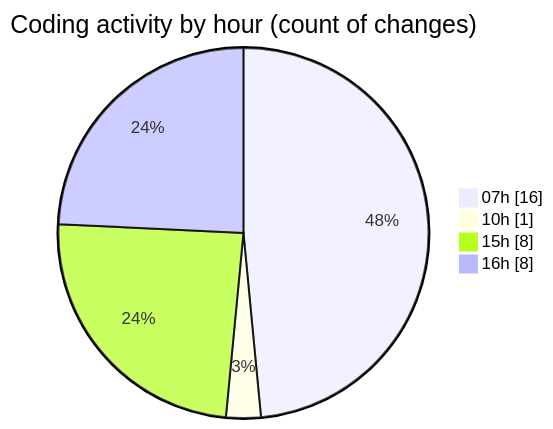
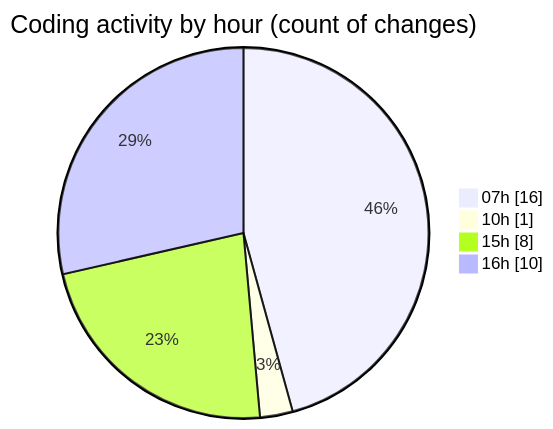
One commit to robertbonfada/code-tracking changed the second of 2 diagrams in 2025-03-07/mbc-web/README.md. Above: the diagram before and after it, drawn with Mermaid. The commit also changed other lines of this file and 1 other file, not shown here.

````diff
--- a/2025-03-07/mbc-web/README.md
+++ b/2025-03-07/mbc-web/README.md
@@ -37,8 +37,8 @@
 ```mermaid
 pie showData
 title Coding activity by hour (count of changes)
 "07h" : 16
 "10h" : 1
 "15h" : 8
-"16h" : 8
+"16h" : 10
 ```
````
